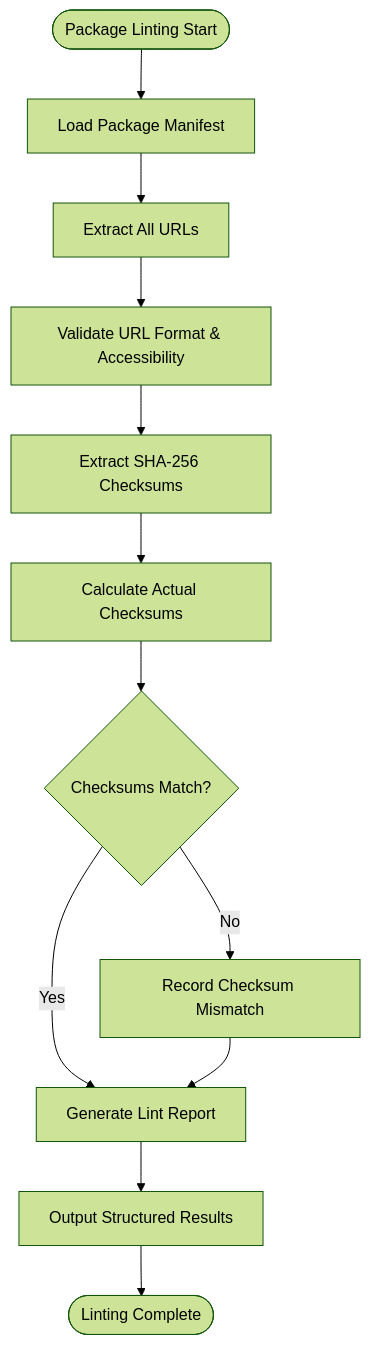
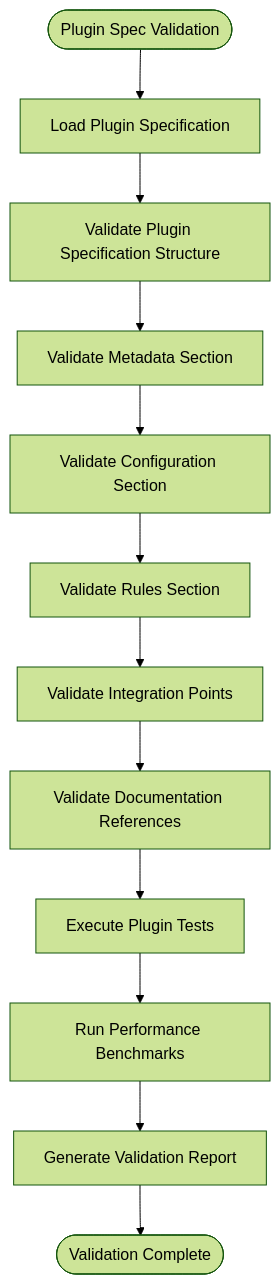
One commit to tonythethompson/numan-registry changed the sixth of 7 diagrams in .qoder/repowiki/en/content/Package Development Guide/Package Validation and Testing.md. Above: the diagram before and after it, drawn with Mermaid (forest theme). The commit also changed other lines of this file and 21 other files, not shown here.

````diff
--- a/.qoder/repowiki/en/content/Package Development Guide/Package Validation and Testing.md
+++ b/.qoder/repowiki/en/content/Package Development Guide/Package Validation and Testing.md
@@ -299,14 +366,16 @@
 ```mermaid
+
 flowchart TD
-Start([Package Linting Start]) --> LoadManifest["Load Package Manifest"]
-LoadManifest --> ExtractURLs["Extract All URLs"]
-ExtractURLs --> ValidateURLs["Validate URL Format & Accessibility"]
-ValidateURLs --> ExtractChecksums["Extract SHA-256 Checksums"]
-ExtractChecksums --> CalculateChecksums["Calculate Actual Checksums"]
-CalculateChecksums --> CompareChecksums{"Checksums Match?"}
-CompareChecksums --> |No| ChecksumError["Record Checksum Mismatch"]
-CompareChecksums --> |Yes| GenerateReport["Generate Lint Report"]
-ChecksumError --> GenerateReport
-GenerateReport --> OutputResults["Output Structured Results"]
-OutputResults --> End([Linting Complete])
+Start([Plugin Spec Validation]) --> LoadSpec["Load Plugin Specification"]
+LoadSpec --> ValidateStructure["Validate Plugin Specification Structure"]
+ValidateStructure --> CheckMetadata["Validate Metadata Section"]
+CheckMetadata --> CheckConfig["Validate Configuration Section"]
+CheckConfig --> CheckRules["Validate Rules Section"]
+CheckRules --> CheckIntegration["Validate Integration Points"]
+CheckIntegration --> CheckDocs["Validate Documentation References"]
+CheckDocs --> RunTests["Execute Plugin Tests"]
+RunTests --> PerformanceCheck["Run Performance Benchmarks"]
+PerformanceCheck --> GenerateReport["Generate Validation Report"]
+GenerateReport --> End([Validation Complete])
+
 ```
````
